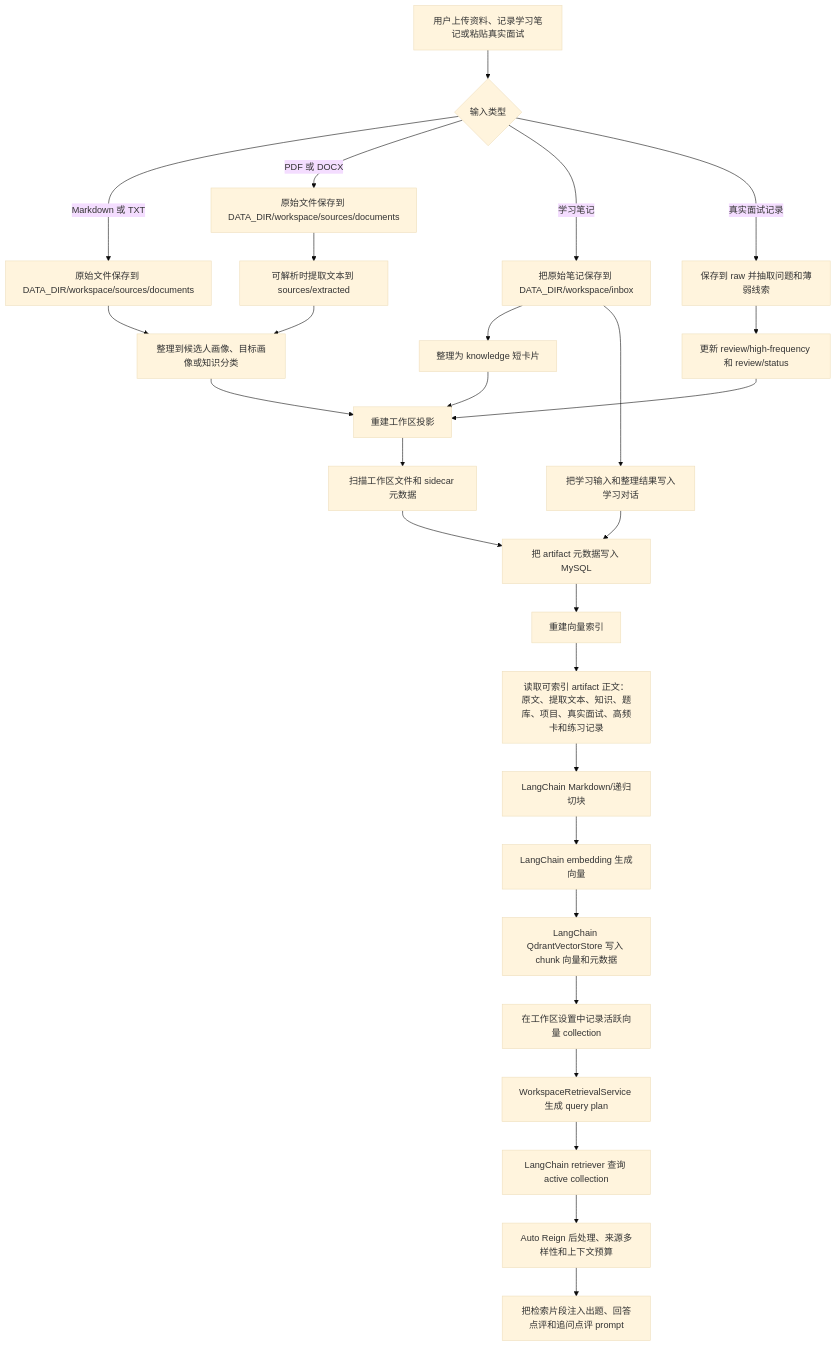
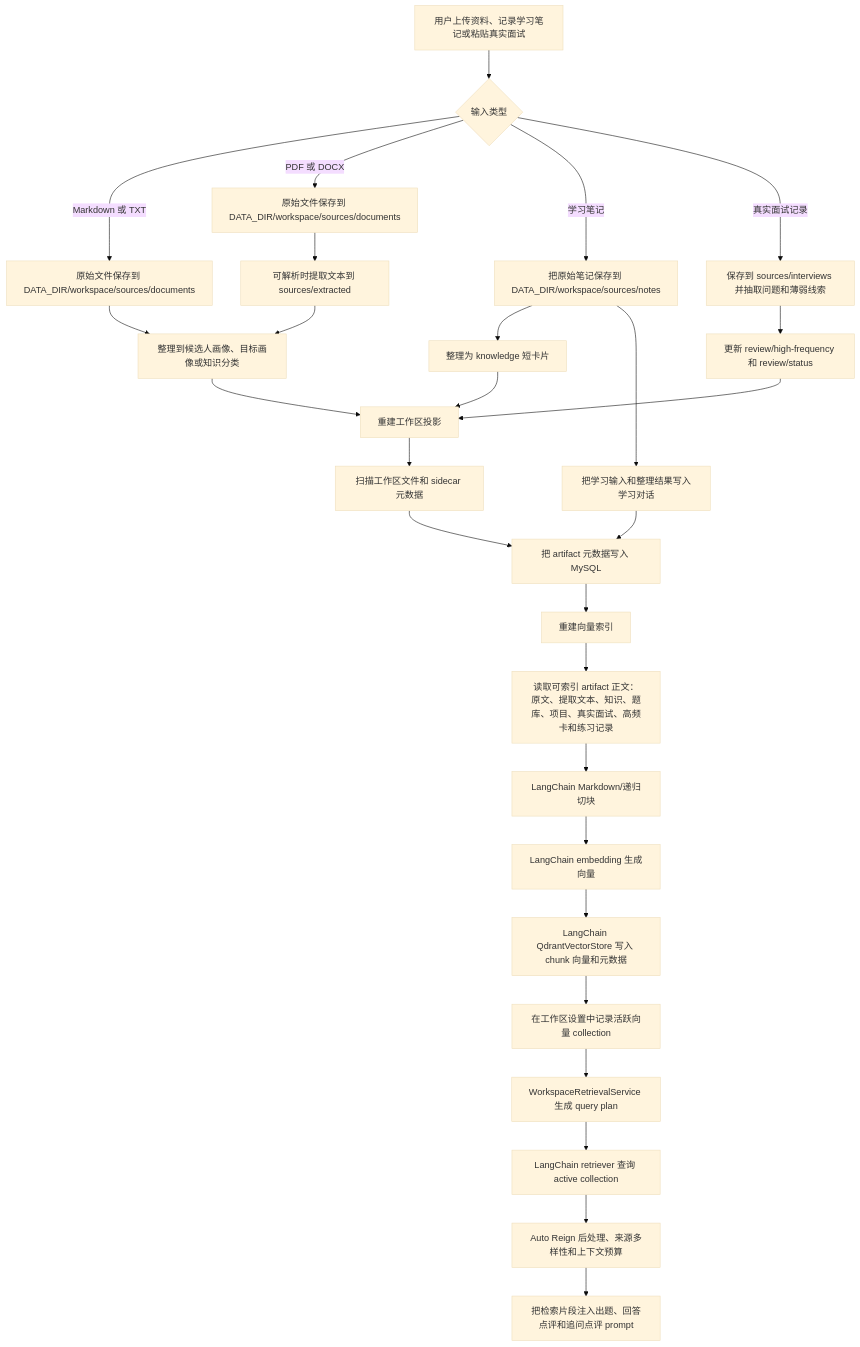
One commit to wxcfox/auto-reign changed the diagram in docs/knowledge-data-flow.md. Above: the diagram before and after it, drawn with Mermaid (base theme). The commit also changed other lines of this file and 24 other files, not shown here.

````diff
--- a/docs/knowledge-data-flow.md
+++ b/docs/knowledge-data-flow.md
@@ -5,30 +5,30 @@
 ```mermaid
 flowchart TD
   A["用户上传资料、记录学习笔记或粘贴真实面试"] --> B{"输入类型"}
   B -->|Markdown 或 TXT| C["原始文件保存到 DATA_DIR/workspace/sources/documents"]
   B -->|PDF 或 DOCX| D["原始文件保存到 DATA_DIR/workspace/sources/documents"]
   D --> E["可解析时提取文本到 sources/extracted"]
-  B -->|学习笔记| F["把原始笔记保存到 DATA_DIR/workspace/inbox"]
-  B -->|真实面试记录| V["保存到 raw 并抽取问题和薄弱线索"]
+  B -->|学习笔记| F["把原始笔记保存到 DATA_DIR/workspace/sources/notes"]
+  B -->|真实面试记录| V["保存到 sources/interviews 并抽取问题和薄弱线索"]
   F --> G["整理为 knowledge 短卡片"]
   V --> W["更新 review/high-frequency 和 review/status"]
   C --> H["整理到候选人画像、目标画像或知识分类"]
   E --> H
   G --> I["重建工作区投影"]
   W --> I
   H --> I
   I --> J["扫描工作区文件和 sidecar 元数据"]
   J --> K["把 artifact 元数据写入 MySQL"]
   F --> Y["把学习输入和整理结果写入学习对话"]
   Y --> K
   K --> L["重建向量索引"]
   L --> M["读取可索引 artifact 正文：原文、提取文本、知识、题库、项目、真实面试、高频卡和练习记录"]
   M --> N["LangChain Markdown/递归切块"]
   N --> O["LangChain embedding 生成向量"]
   O --> P["LangChain QdrantVectorStore 写入 chunk 向量和元数据"]
   P --> Q["在工作区设置中记录活跃向量 collection"]
   Q --> R["WorkspaceRetrievalService 生成 query plan"]
   R --> S["LangChain retriever 查询 active collection"]
   S --> T["Auto Reign 后处理、来源多样性和上下文预算"]
   T --> U["把检索片段注入出题、回答点评和追问点评 prompt"]
 ```
````
